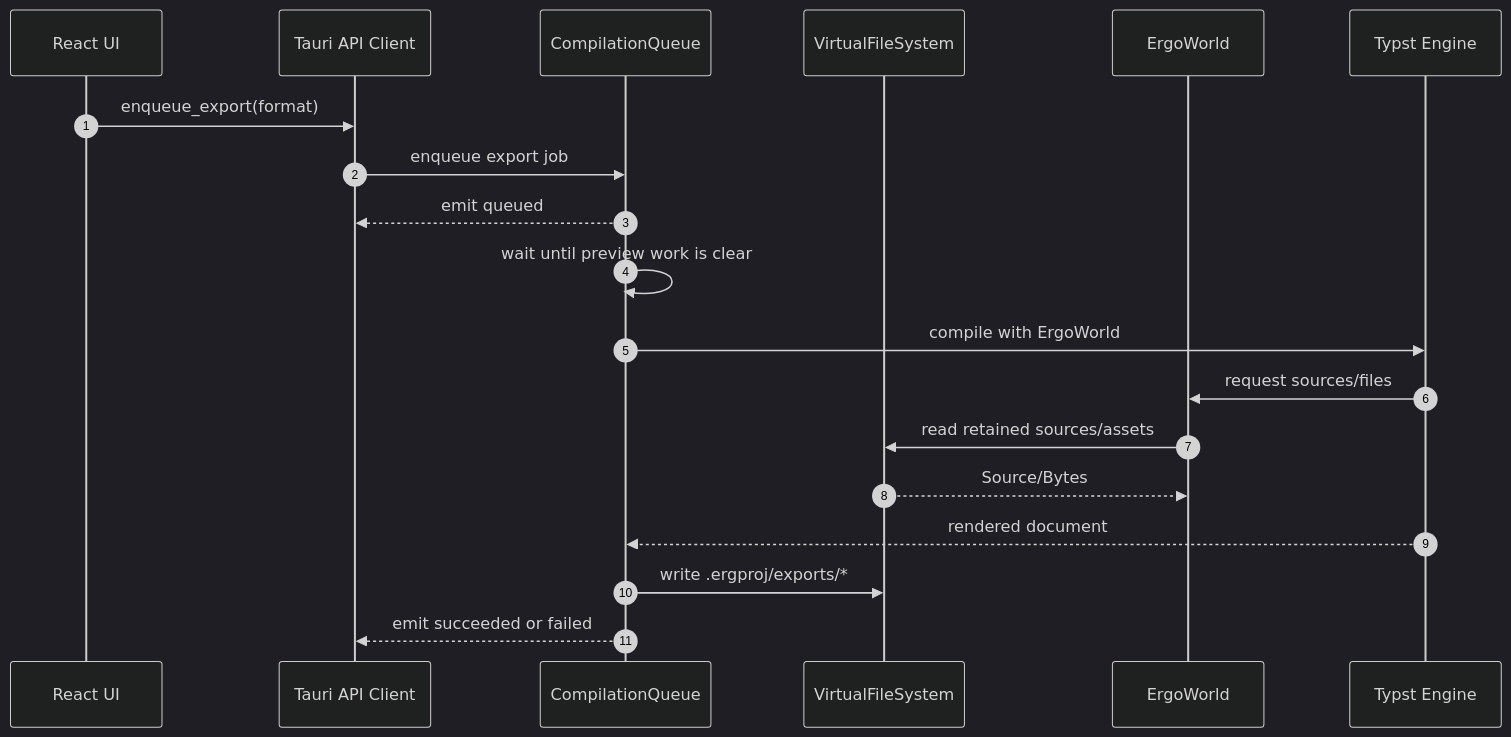
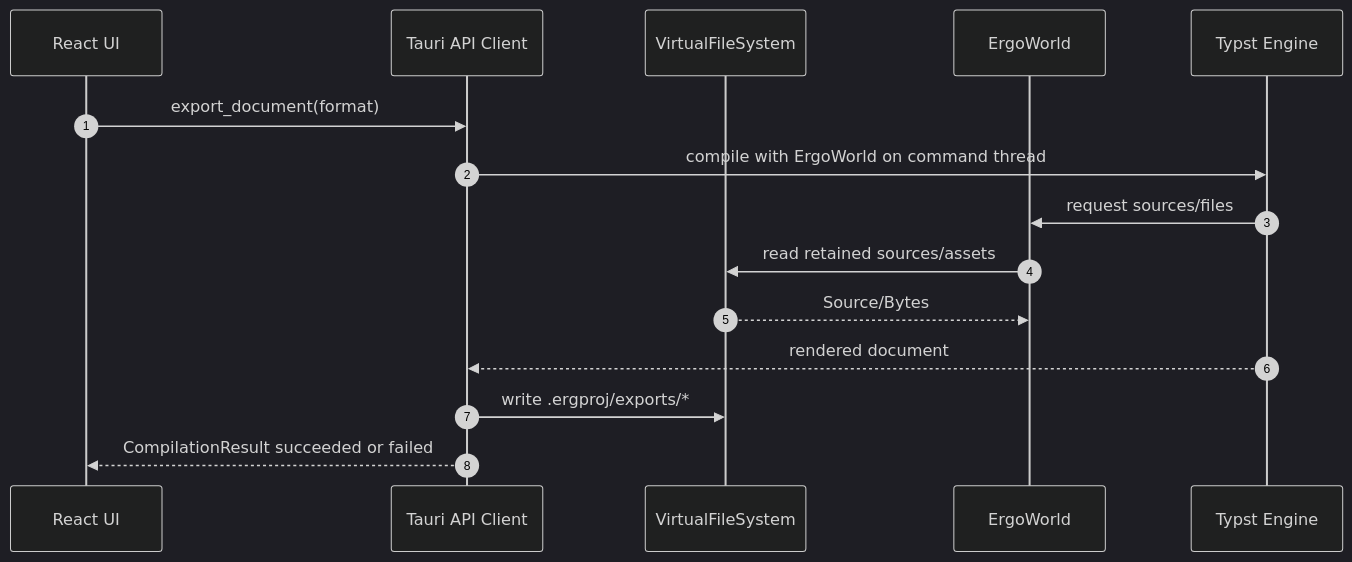
The seventh of 11 diagrams in context/sequence-diagrams.md (andmoreduro/ergo), drawn with Mermaid (dark theme) before and after one commit. The commit also changed other lines of this file and 6 other files, not shown here.

First line of the commit message:
docs: align architecture diagrams with TypstWatch and resource previews

````diff
--- a/context/sequence-diagrams.md
+++ b/context/sequence-diagrams.md
@@ -267,23 +261,19 @@
 ```mermaid
 sequenceDiagram
     autonumber
 
     participant UI as React UI
     participant API as Tauri API Client
-    participant Queue as CompilationQueue
     participant VFS as VirtualFileSystem
     participant World as ErgoWorld
     participant Typst as Typst Engine
 
-    UI->>API: enqueue_export(format)
-    API->>Queue: enqueue export job
-    Queue-->>API: emit queued
-    Queue->>Queue: wait until preview work is clear
-    Queue->>Typst: compile with ErgoWorld
+    UI->>API: export_document(format)
+    API->>Typst: compile with ErgoWorld on command thread
     Typst->>World: request sources/files
     World->>VFS: read retained sources/assets
     VFS-->>World: Source/Bytes
-    Typst-->>Queue: rendered document
-    Queue->>VFS: write .ergproj/exports/*
-    Queue-->>API: emit succeeded or failed
+    Typst-->>API: rendered document
+    API->>VFS: write .ergproj/exports/*
+    API-->>UI: CompilationResult succeeded or failed
 ```
````
